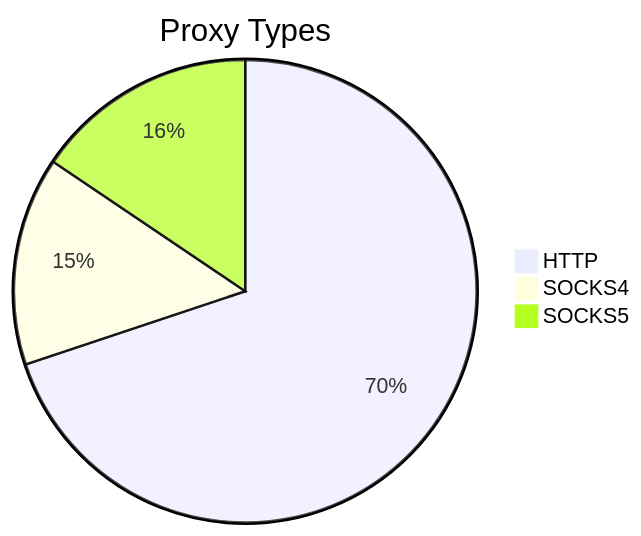
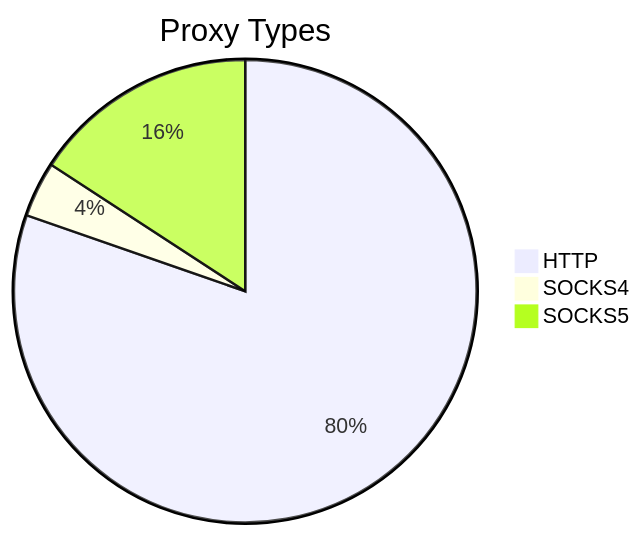
The first of 2 diagrams in README.md (stormsia/proxy-list), drawn with Mermaid before and after one commit. The commit also changed other lines of this file, not shown here.

````diff
--- a/README.md
+++ b/README.md
@@ -21,6 +21,6 @@
 ```mermaid
 pie title Proxy Types
-    "HTTP" : 283
-    "SOCKS4" : 59
-    "SOCKS5" : 63
+    "HTTP" : 249
+    "SOCKS4" : 12
+    "SOCKS5" : 49
 ```
````
